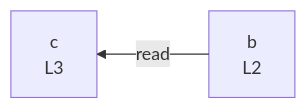
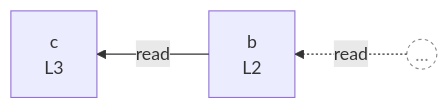
The diagram in integration/fixtures/const-chain-five/preview.pruned-c-b1.md (crescware/unsnarl), drawn with Mermaid before and after one commit. The commit also changed 75 other files, not shown here.

````diff
--- a/integration/fixtures/const-chain-five/preview.pruned-c-b1.md
+++ b/integration/fixtures/const-chain-five/preview.pruned-c-b1.md
@@ -21,8 +21,12 @@
 ```mermaid
 %%{init: {"flowchart": {"defaultRenderer": "elk"}}}%%
 flowchart RL
   %% pruning: roots=[c(1)] ancestors=1 descendants=0
   n_scope_0_b_19["b<br/>L2"]
   n_scope_0_c_32["c<br/>L3"]
   n_scope_0_b_19 -->|read| n_scope_0_c_32
+  boundary_stub_1((…))
+  boundary_stub_1 -.->|read| n_scope_0_b_19
+  classDef boundaryStub fill:transparent,stroke:#888,stroke-dasharray:3 3,color:#888;
+  class boundary_stub_1 boundaryStub;
 ```
````
